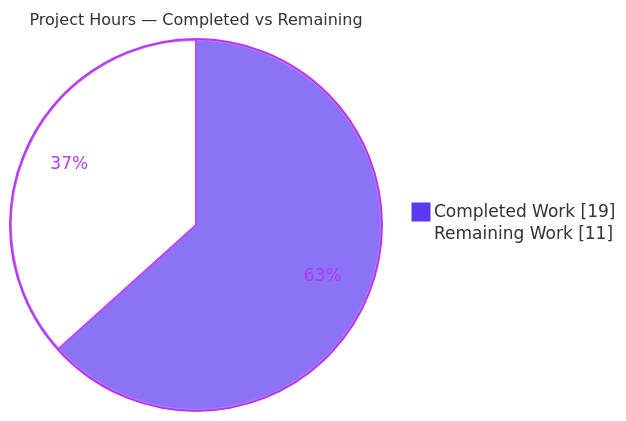
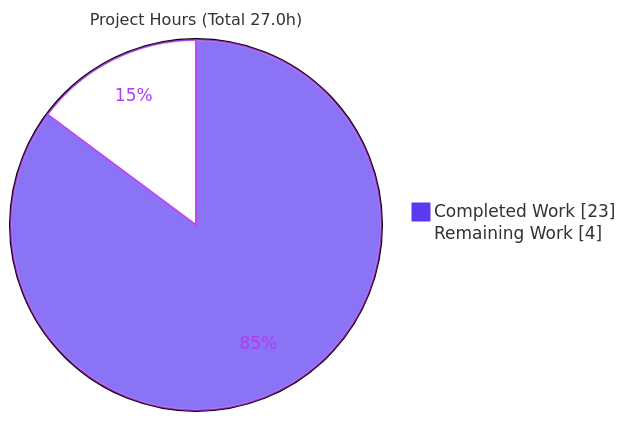
Before and after one commit to lakshya-blitzy/600K_ParentRepo: the second of 3 diagrams in blitzy/documentation/Project Guide.md, drawn with Mermaid. The commit also changed other lines of this file, not shown here.

Commit message:
Adding Blitzy Project Guide: Project Status and Human Tasks Remaining

````diff
--- a/blitzy/documentation/Project Guide.md
+++ b/blitzy/documentation/Project Guide.md
@@ -220,6 +201,7 @@
 ```mermaid
-%%{init: {'theme':'base','themeVariables':{'pie1':'#5B39F3','pie2':'#FFFFFF','pieStrokeColor':'#B23AF2','pieStrokeWidth':'2px','pieOuterStrokeColor':'#B23AF2','pieOuterStrokeWidth':'2px','pieSectionTextColor':'#B23AF2','pieTitleTextSize':'16px'}}}%%
-pie showData title Project Hours — Completed vs Remaining
-    "Completed Work" : 19
-    "Remaining Work" : 11
+%%{init: {'theme':'base', 'themeVariables': {'pie1':'#5B39F3','pie2':'#FFFFFF','pieStrokeColor':'#B23AF2','pieOuterStrokeWidth':'2px','pieSectionTextColor':'#B23AF2','pieTitleTextSize':'16px','fontFamily':'sans-serif'}}}%%
+pie showData
+    title Project Hours (Total 27.0h)
+    "Completed Work" : 23
+    "Remaining Work" : 4
 ```
````
